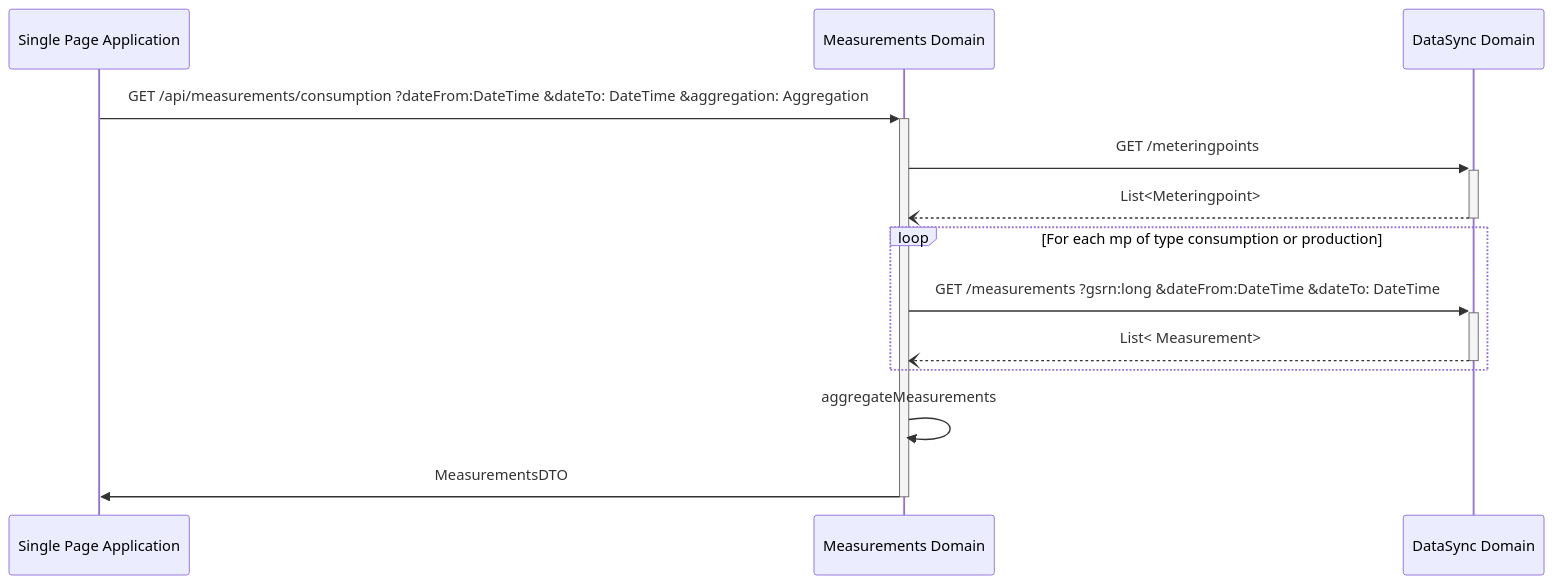
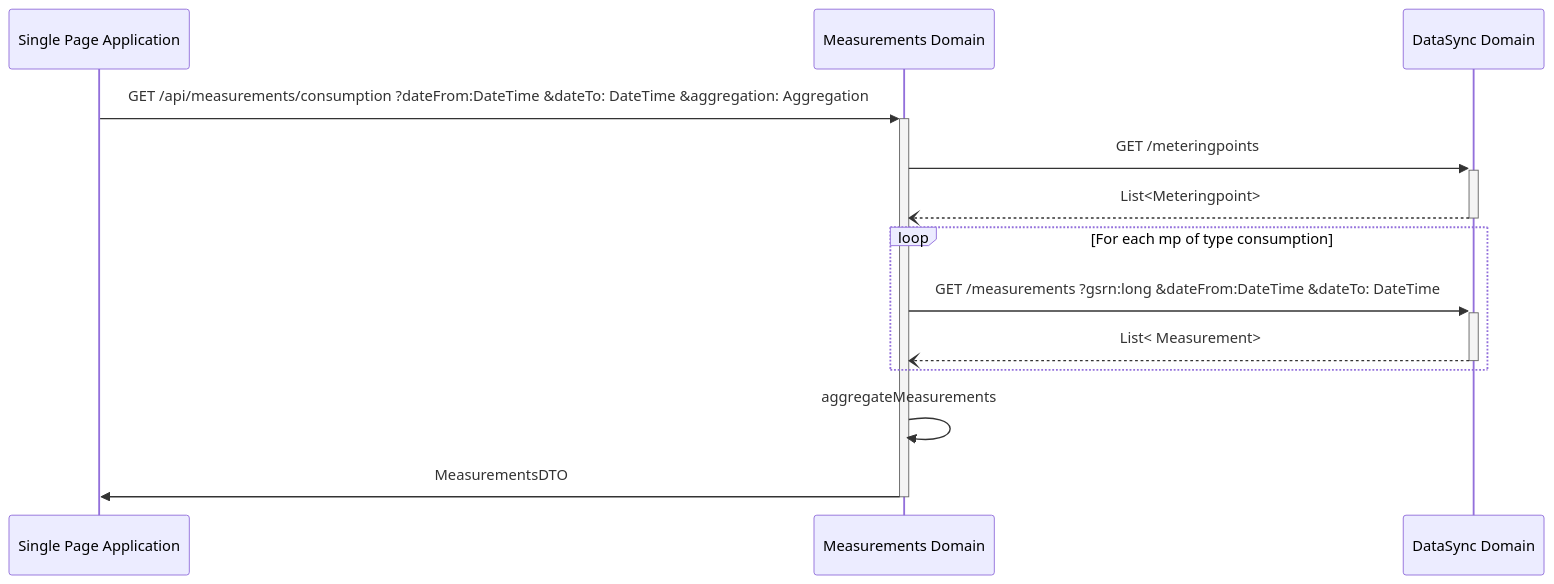
Before and after one commit to Energinet-DataHub/energy-origin: the first of 2 diagrams in doc/api/measurements.md, drawn with Mermaid.

````diff
--- a/doc/api/measurements.md
+++ b/doc/api/measurements.md
@@ -46,21 +46,21 @@
 ```mermaid
 sequenceDiagram
     participant spa as Single Page Application
     participant em as Measurements Domain
     participant ds as DataSync Domain
 
     spa->>+ em: GET /api/measurements/consumption  ?dateFrom:DateTime  &dateTo: DateTime &aggregation: Aggregation
     
     em->>+ ds: GET /meteringpoints
     ds--)- em: List<Meteringpoint>
     
-    loop For each mp of type consumption or production
+    loop For each mp of type consumption
       em ->>+ ds: GET /measurements ?gsrn:long &dateFrom:DateTime &dateTo: DateTime
         
       ds --)- em: List< Measurement>
     end
     em->> em: aggregateMeasurements
 
     em->>- spa: MeasurementsDTO
 
 ```
````
